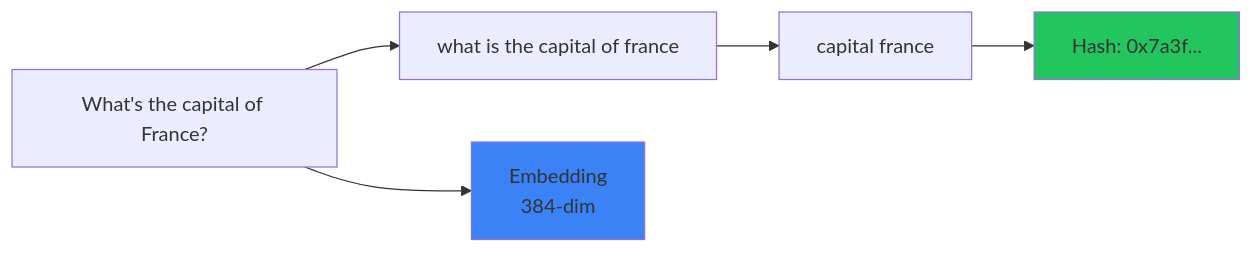
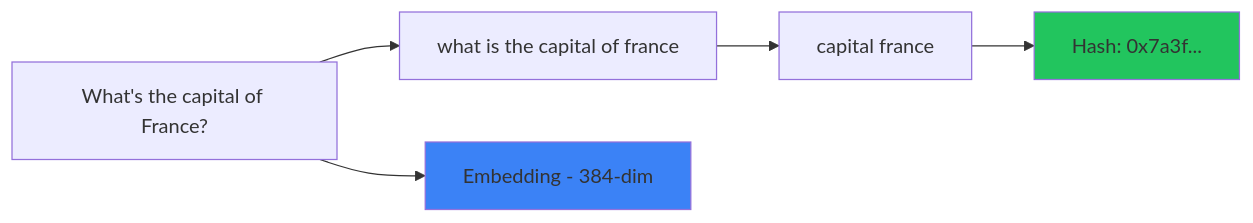
One commit to rishi02102017/swift-llm changed the ninth of 10 diagrams in README.md. Above: the diagram before and after it, drawn with Mermaid. The commit also changed other lines of this file, not shown here.

Commit message:
Fix Mermaid diagram syntax for GitHub rendering

````diff
--- a/README.md
+++ b/README.md
@@ -486,12 +486,12 @@
 ```mermaid
 flowchart LR
     A["What's the capital of France?"] 
     --> B["what is the capital of france"]
     --> C["capital france"]
     --> D[Hash: 0x7a3f...]
     
-    A --> E[Embedding<br/>384-dim]
+    A --> E[Embedding - 384-dim]
     
     style D fill:#22c55e
     style E fill:#3b82f6
 ```
````
